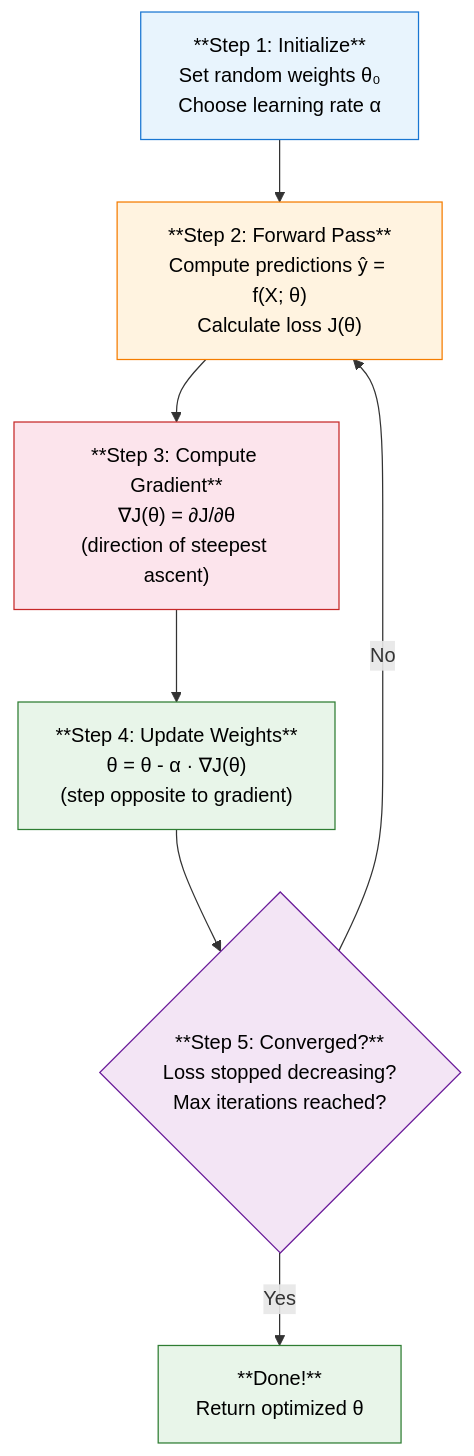
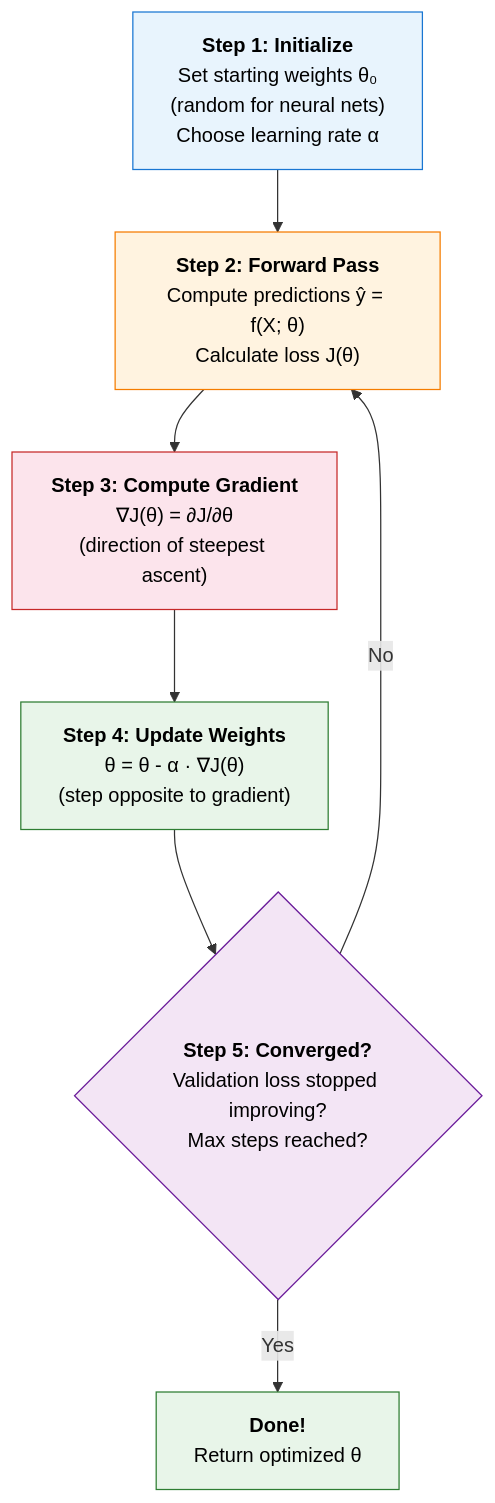
Before and after one commit to Hmago/ml4: the fourth of 47 diagrams in content/34_google_top10_ml_interview.md, drawn with Mermaid. The commit also changed other lines of this file and 59 other files, not shown here.

````diff
--- a/content/34_google_top10_ml_interview.md
+++ b/content/34_google_top10_ml_interview.md
@@ -320,16 +351,16 @@
 ```mermaid
 graph TD
-    A["**Step 1: Initialize**<br/>Set random weights θ₀<br/>Choose learning rate α"] --> B["**Step 2: Forward Pass**<br/>Compute predictions ŷ = f(X; θ)<br/>Calculate loss J(θ)"]
-    B --> C["**Step 3: Compute Gradient**<br/>∇J(θ) = ∂J/∂θ<br/>(direction of steepest ascent)"]
-    C --> D["**Step 4: Update Weights**<br/>θ = θ - α · ∇J(θ)<br/>(step opposite to gradient)"]
-    D --> E{"**Step 5: Converged?**<br/>Loss stopped decreasing?<br/>Max iterations reached?"}
+    A["<b>Step 1: Initialize</b><br/>Set starting weights θ₀<br/>(random for neural nets)<br/>Choose learning rate α"] --> B["<b>Step 2: Forward Pass</b><br/>Compute predictions ŷ = f(X; θ)<br/>Calculate loss J(θ)"]
+    B --> C["<b>Step 3: Compute Gradient</b><br/>∇J(θ) = ∂J/∂θ<br/>(direction of steepest ascent)"]
+    C --> D["<b>Step 4: Update Weights</b><br/>θ = θ - α · ∇J(θ)<br/>(step opposite to gradient)"]
+    D --> E{"<b>Step 5: Converged?</b><br/>Validation loss stopped improving?<br/>Max steps reached?"}
     E -->|"No"| B
-    E -->|"Yes"| F["**Done!**<br/>Return optimized θ"]
+    E -->|"Yes"| F["<b>Done!</b><br/>Return optimized θ"]
 
     style A fill:#e8f4fd,stroke:#1976d2,color:#000
     style B fill:#fff3e0,stroke:#f57c00,color:#000
     style C fill:#fce4ec,stroke:#c62828,color:#000
     style D fill:#e8f5e9,stroke:#2e7d32,color:#000
     style E fill:#f3e5f5,stroke:#6a1b9a,color:#000
     style F fill:#e8f5e9,stroke:#2e7d32,color:#000
 ```
````
